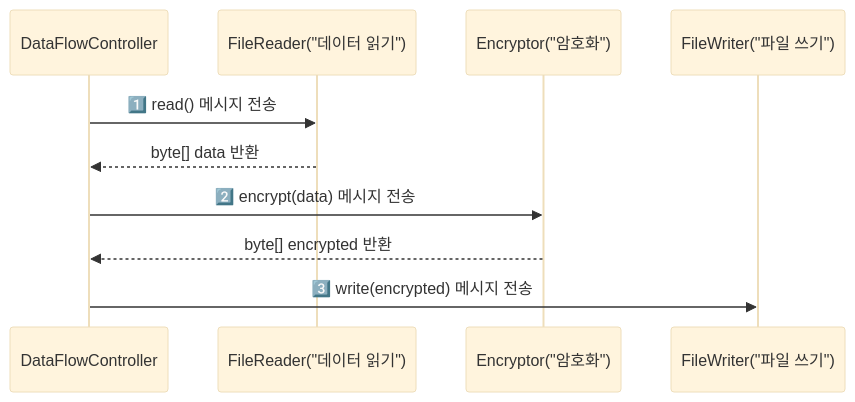
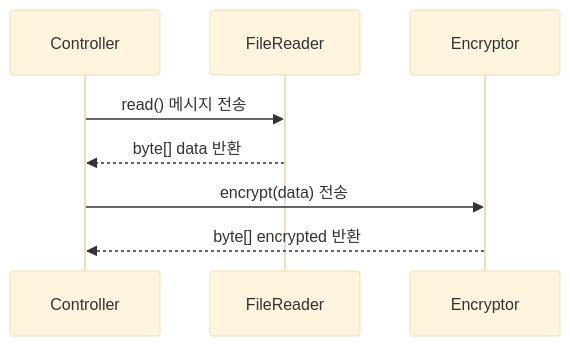
One commit to yjkim2015/yjkim2015.github.io changed the third of 8 diagrams in _posts/java/2021-10-09-java-objects1.md. Above: the diagram before and after it, drawn with Mermaid (base theme). The commit also changed other lines of this file and 155 other files, not shown here.

First line of the commit message:
Mermaid 전면 수정: subgraph 제거, participant/노드/줄수 축소 (342블록)

````diff
--- a/_posts/java/2021-10-09-java-objects1.md
+++ b/_posts/java/2021-10-09-java-objects1.md
@@ -82,12 +82,10 @@
 ```mermaid
 sequenceDiagram
-    participant FC as DataFlowController
-    participant FR as FileReader("데이터 읽기")
-    participant EN as Encryptor("암호화")
-    participant FW as FileWriter("파일 쓰기")
-    FC->>FR: 1️⃣ read() 메시지 전송
+    participant FC as Controller
+    participant FR as FileReader
+    participant EN as Encryptor
+    FC->>FR: read() 메시지 전송
     FR-->>FC: byte[] data 반환
-    FC->>EN: 2️⃣ encrypt(data) 메시지 전송
+    FC->>EN: encrypt(data) 전송
     EN-->>FC: byte[] encrypted 반환
-    FC->>FW: 3️⃣ write(encrypted) 메시지 전송
 ```
````
